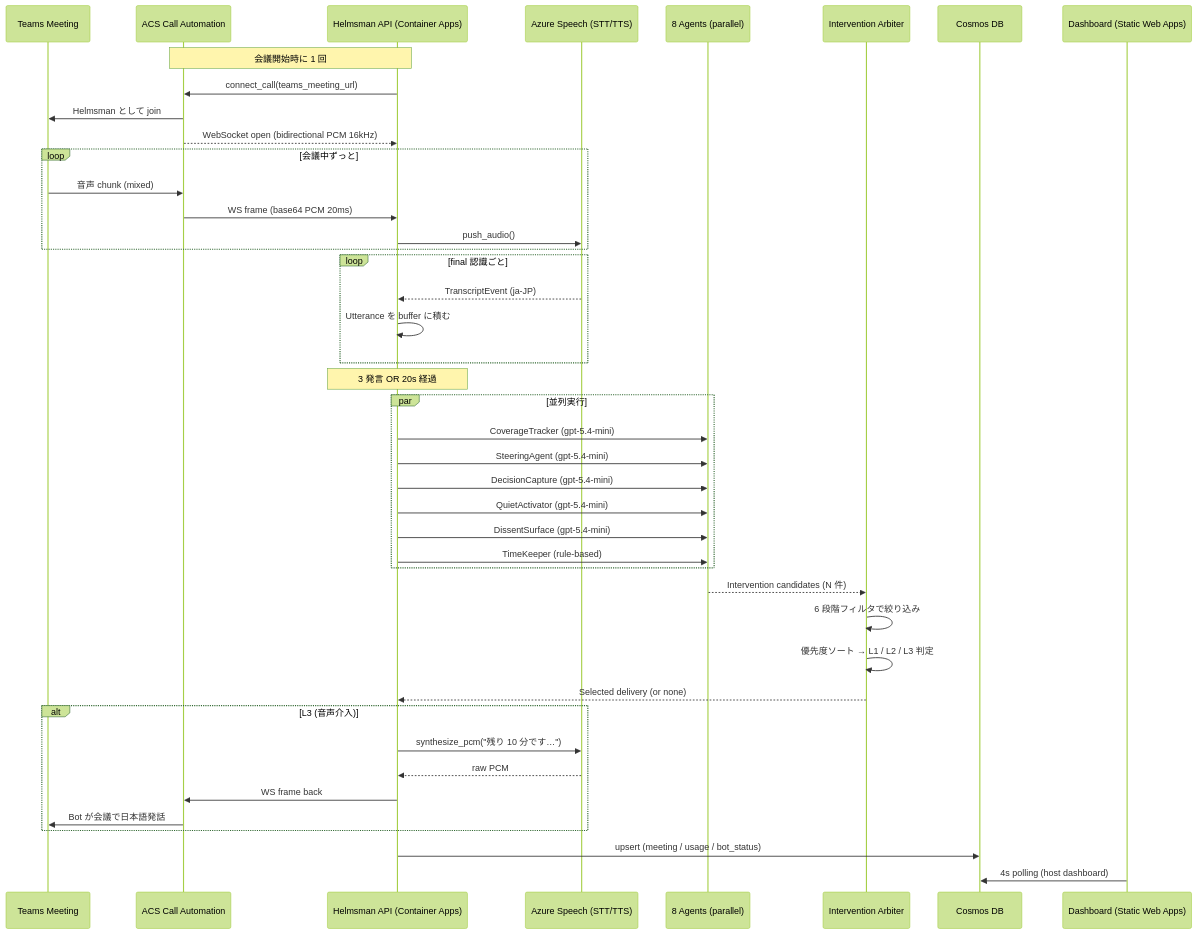
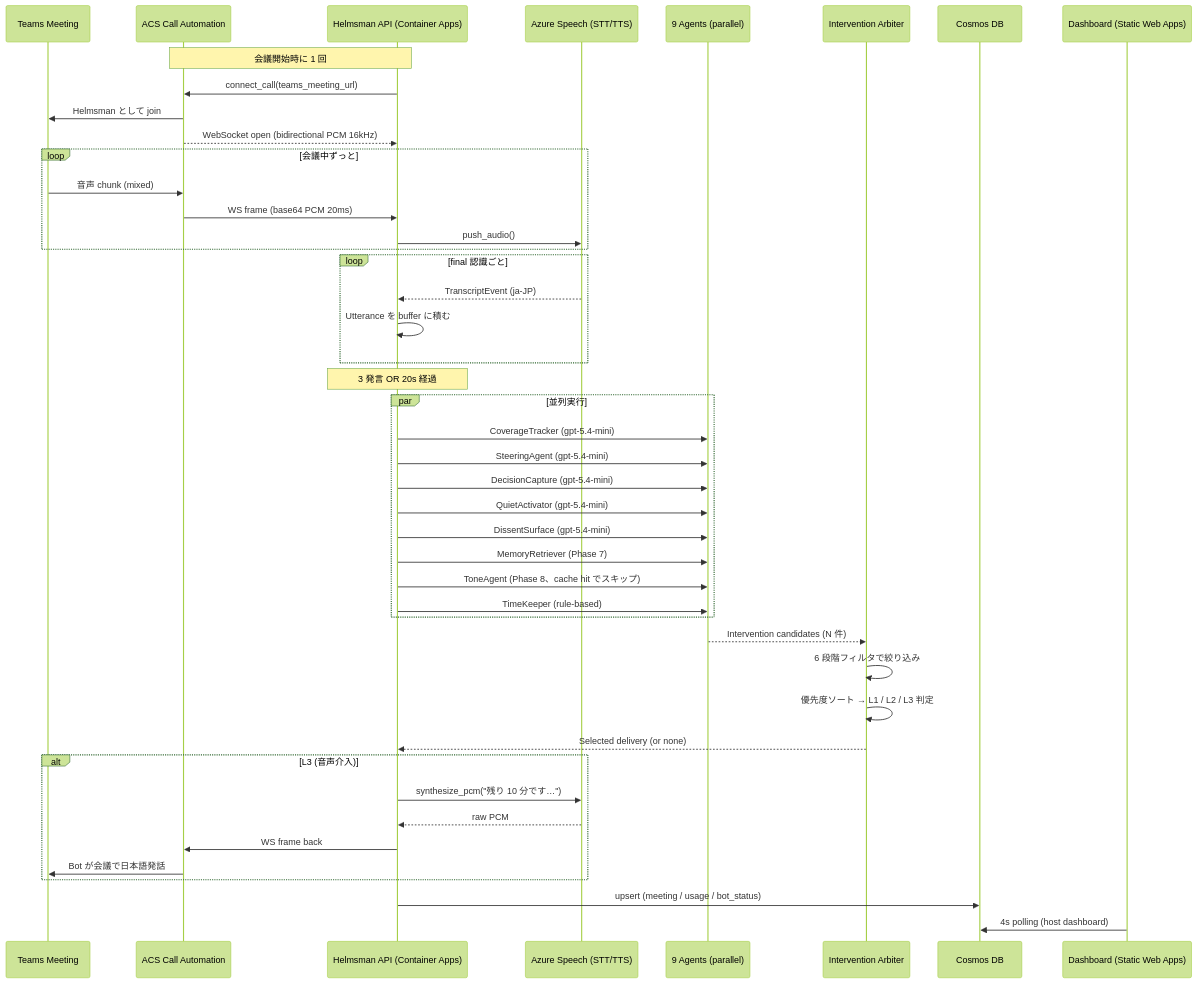
One commit to nvidia9875/Helmsman changed the first of 4 diagrams in docs/zenn-article-v2.md. Above: the diagram before and after it, drawn with Mermaid (forest theme). The commit also changed other lines of this file, not shown here.

First line of the commit message:
docs(zenn): Phase 8 セクションのポリッシュパス + 追加機能の漏れを反映

````diff
--- a/docs/zenn-article-v2.md
+++ b/docs/zenn-article-v2.md
@@ -235,52 +236,54 @@
 ```mermaid
 sequenceDiagram
     participant T as Teams Meeting
     participant A as ACS Call Automation
     participant H as Helmsman API (Container Apps)
     participant S as Azure Speech (STT/TTS)
-    participant G as 8 Agents (parallel)
+    participant G as 9 Agents (parallel)
     participant R as Intervention Arbiter
     participant C as Cosmos DB
     participant D as Dashboard (Static Web Apps)
 
     Note over H,A: 会議開始時に 1 回
     H->>A: connect_call(teams_meeting_url)
     A->>T: Helmsman として join
     A-->>H: WebSocket open (bidirectional PCM 16kHz)
 
     loop 会議中ずっと
         T->>A: 音声 chunk (mixed)
         A->>H: WS frame (base64 PCM 20ms)
         H->>S: push_audio()
     end
 
     loop final 認識ごと
         S-->>H: TranscriptEvent (ja-JP)
         H->>H: Utterance を buffer に積む
     end
 
     Note over H: 3 発言 OR 20s 経過
     par 並列実行
         H->>G: CoverageTracker (gpt-5.4-mini)
         H->>G: SteeringAgent (gpt-5.4-mini)
         H->>G: DecisionCapture (gpt-5.4-mini)
         H->>G: QuietActivator (gpt-5.4-mini)
         H->>G: DissentSurface (gpt-5.4-mini)
+        H->>G: MemoryRetriever (Phase 7)
+        H->>G: ToneAgent (Phase 8、cache hit でスキップ)
         H->>G: TimeKeeper (rule-based)
     end
     G-->>R: Intervention candidates (N 件)
 
     R->>R: 6 段階フィルタで絞り込み
     R->>R: 優先度ソート → L1 / L2 / L3 判定
     R-->>H: Selected delivery (or none)
 
     alt L3 (音声介入)
         H->>S: synthesize_pcm("残り 10 分です…")
         S-->>H: raw PCM
         H->>A: WS frame back
         A->>T: Bot が会議で日本語発話
     end
 
     H->>C: upsert (meeting / usage / bot_status)
     D->>C: 4s polling (host dashboard)
 ```
````
